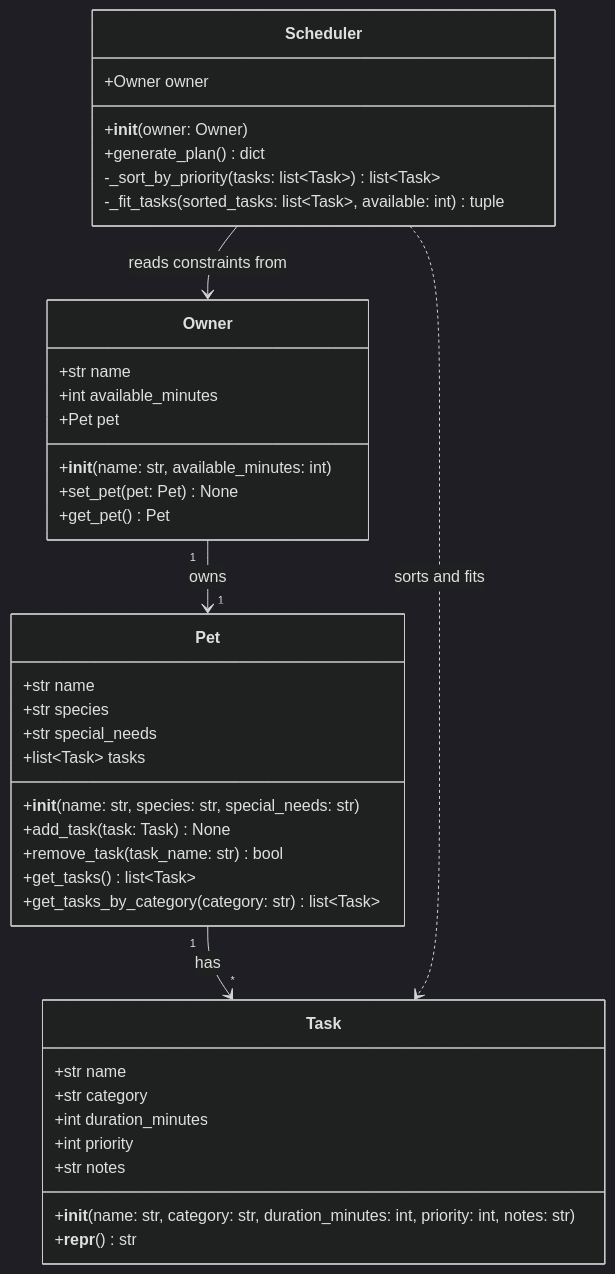
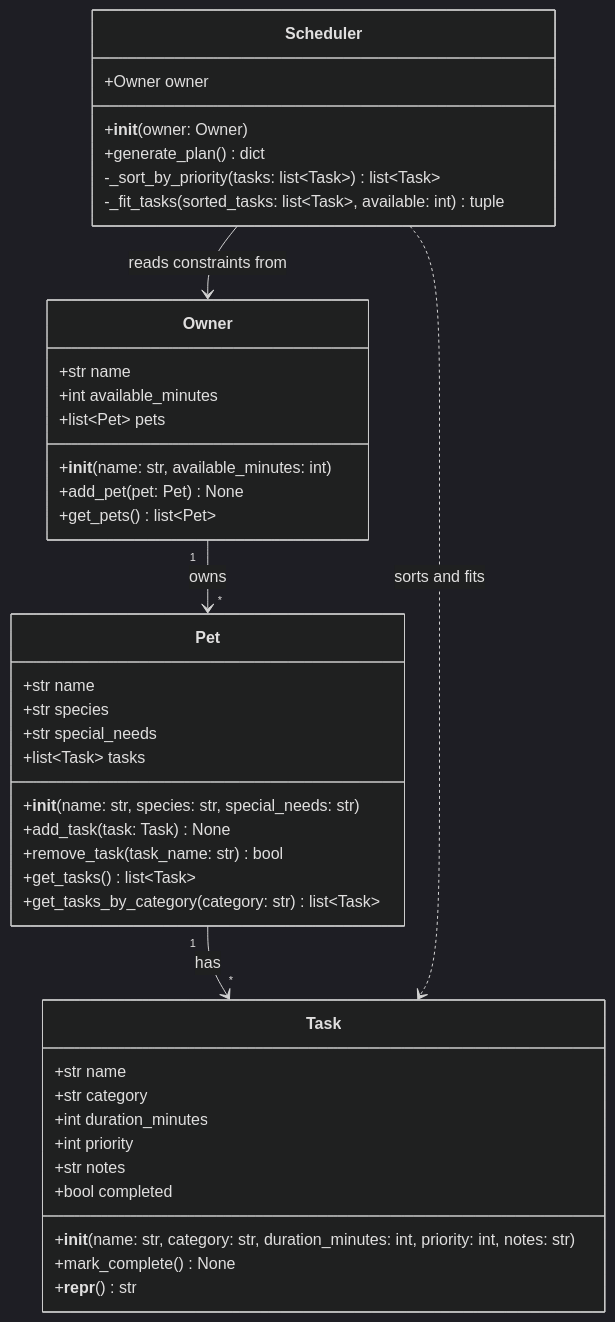
One commit to ethanncyb/ai110-module2show-pawpal-starter changed the diagram in pawpal_class_diagram.md. Above: the diagram before and after it, drawn with Mermaid (dark theme). The commit also changed 4 other files, not shown here.

````diff
--- a/pawpal_class_diagram.md
+++ b/pawpal_class_diagram.md
@@ -3,46 +3,48 @@
 ```mermaid
 classDiagram
     class Owner {
         +str name
         +int available_minutes
-        +Pet pet
+        +list~Pet~ pets
         +__init__(name: str, available_minutes: int)
-        +set_pet(pet: Pet) None
-        +get_pet() Pet
+        +add_pet(pet: Pet) None
+        +get_pets() list~Pet~
     }
 
     class Pet {
         +str name
         +str species
         +str special_needs
         +list~Task~ tasks
         +__init__(name: str, species: str, special_needs: str)
         +add_task(task: Task) None
         +remove_task(task_name: str) bool
         +get_tasks() list~Task~
         +get_tasks_by_category(category: str) list~Task~
     }
 
     class Task {
         +str name
         +str category
         +int duration_minutes
         +int priority
         +str notes
+        +bool completed
         +__init__(name: str, category: str, duration_minutes: int, priority: int, notes: str)
+        +mark_complete() None
         +__repr__() str
     }
 
     class Scheduler {
         +Owner owner
         +__init__(owner: Owner)
         +generate_plan() dict
         -_sort_by_priority(tasks: list~Task~) list~Task~
         -_fit_tasks(sorted_tasks: list~Task~, available: int) tuple
     }
 
-    Owner "1" --> "1" Pet : owns
+    Owner "1" --> "*" Pet : owns
     Pet "1" --> "*" Task : has
     Scheduler --> Owner : reads constraints from
     Scheduler ..> Task : sorts and fits
 ```
````
